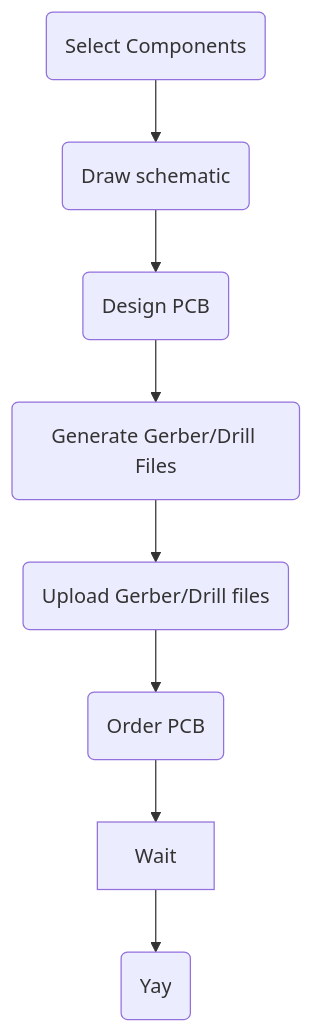
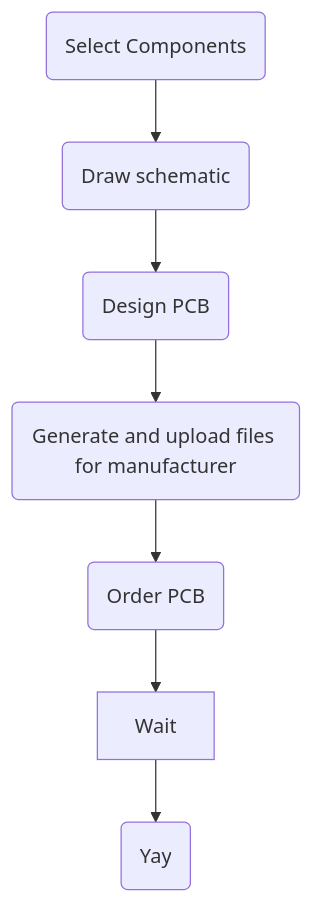
Before and after one commit to aseanwatson/Mouse-Jiggler-PCB-Demo: the first of 2 diagrams in PCBOverview.md, drawn with Mermaid.

Commit message:
Make first flowchart simpler.

````diff
--- a/PCBOverview.md
+++ b/PCBOverview.md
@@ -4,11 +4,10 @@
 ```mermaid
 graph TD;
     CS(Select Components)-->
     SD(Draw schematic)-->
     PCB(Design PCB)-->
-    GG(Generate Gerber/Drill Files)-->
-    UploadGerber(Upload Gerber/Drill files)-->
+    UploadGerber(Generate and upload files for manufacturer)-->
     Order(Order PCB)-->
     Wait-->
     Done(Yay)
 ```
````
